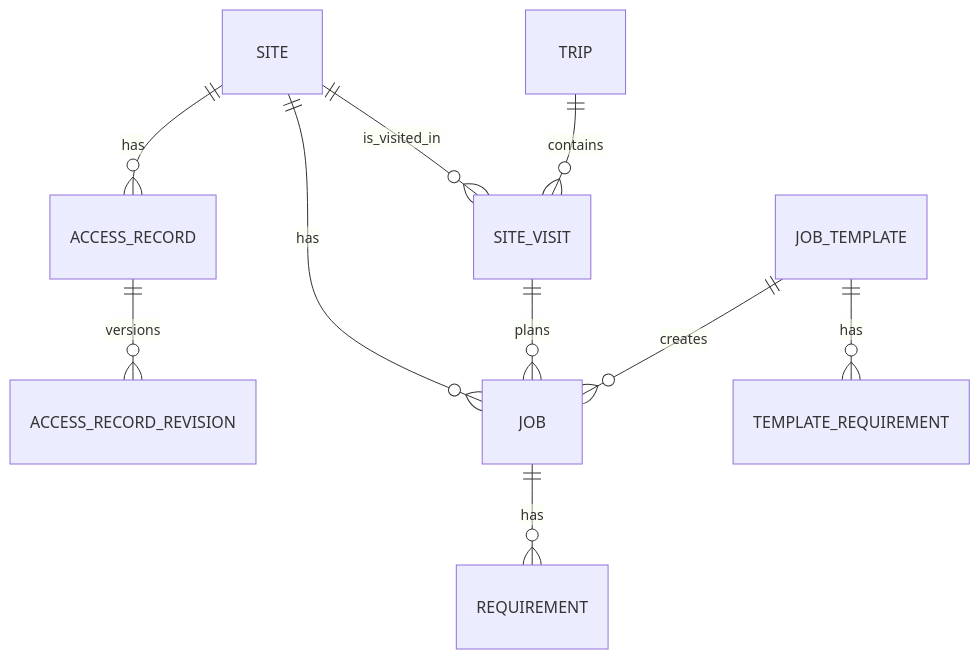
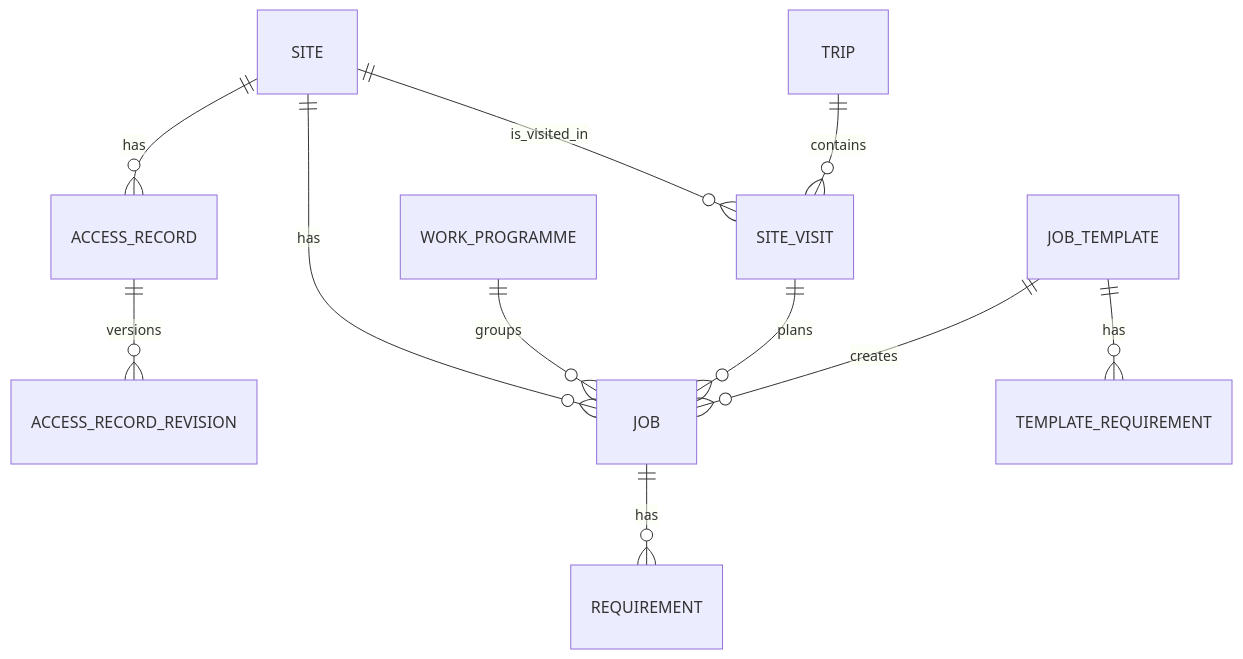
The diagram in README.md (reuben-harris/AccessAtlas), drawn with Mermaid before and after one commit. The commit also changed other lines of this file and 24 other files, not shown here.

````diff
--- a/README.md
+++ b/README.md
@@ -22,12 +23,13 @@
 ```mermaid
 erDiagram
     SITE ||--o{ ACCESS_RECORD : has
     ACCESS_RECORD ||--o{ ACCESS_RECORD_REVISION : versions
     SITE ||--o{ JOB : has
+    WORK_PROGRAMME ||--o{ JOB : groups
     SITE ||--o{ SITE_VISIT : is_visited_in
     TRIP ||--o{ SITE_VISIT : contains
     SITE_VISIT ||--o{ JOB : plans
     JOB_TEMPLATE ||--o{ JOB : creates
     JOB_TEMPLATE ||--o{ TEMPLATE_REQUIREMENT : has
     JOB ||--o{ REQUIREMENT : has
 ```
````
